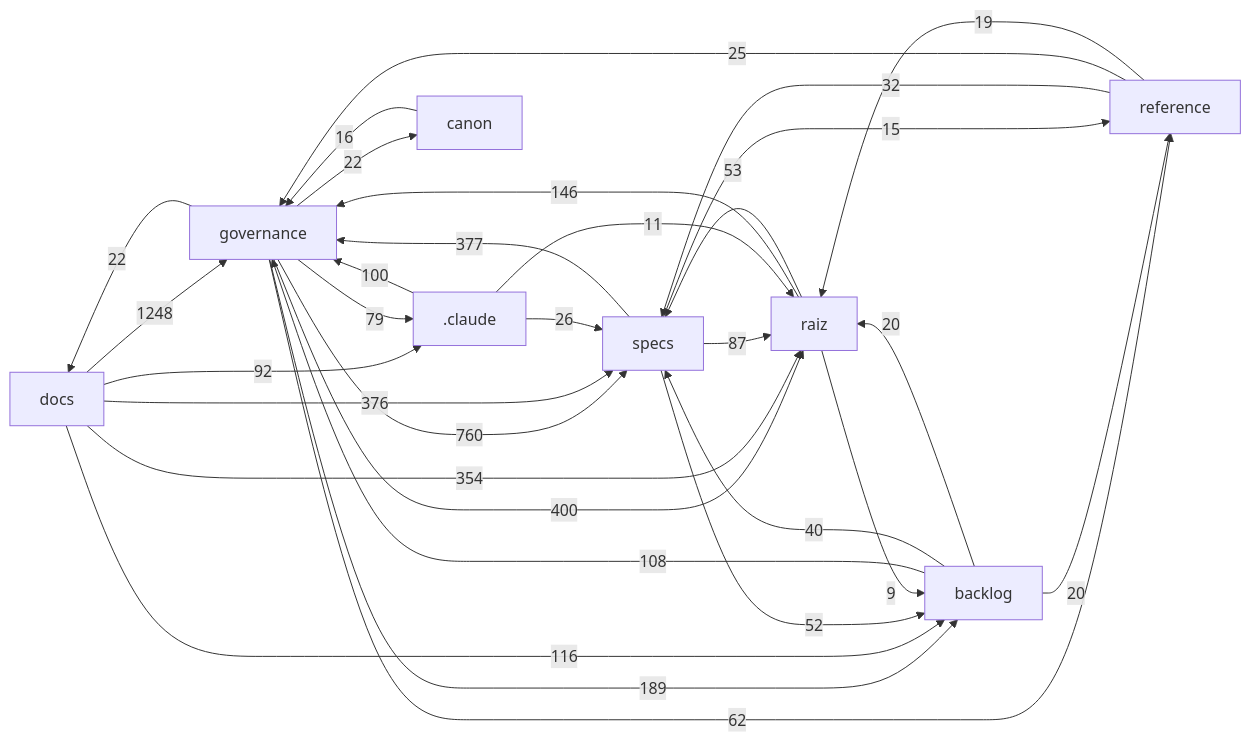
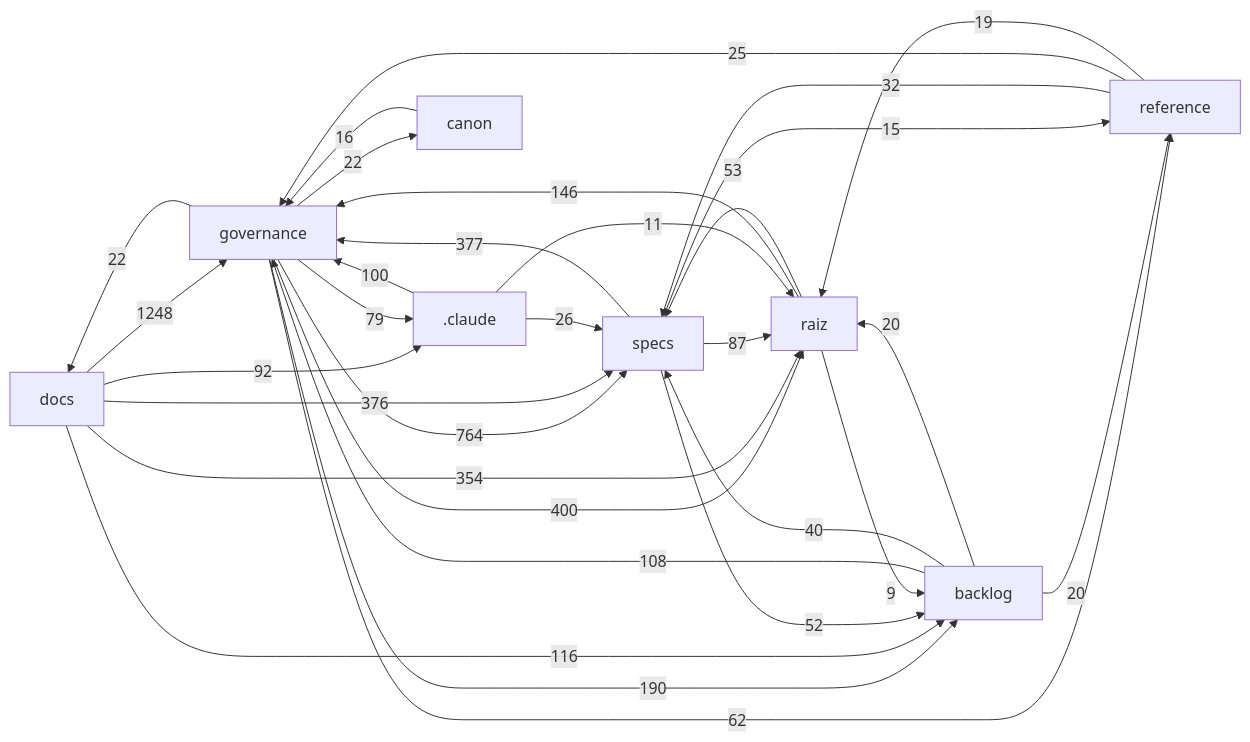
The diagram in docs/mapa/MAPA-PROJETO.md (Andraus35/Sistema-Operacional-de-Trading--SOT), drawn with Mermaid before and after one commit. The commit also changed other lines of this file and 2 other files, not shown here.

````diff
--- a/docs/mapa/MAPA-PROJETO.md
+++ b/docs/mapa/MAPA-PROJETO.md
@@ -29,33 +29,33 @@
 ```mermaid
 flowchart LR
   docs["docs"] -->|1248| governance["governance"]
-  governance["governance"] -->|760| specs["specs"]
+  governance["governance"] -->|764| specs["specs"]
   governance["governance"] -->|400| raiz["raiz"]
   specs["specs"] -->|377| governance["governance"]
   docs["docs"] -->|376| specs["specs"]
   docs["docs"] -->|354| raiz["raiz"]
-  governance["governance"] -->|189| backlog["backlog"]
+  governance["governance"] -->|190| backlog["backlog"]
   raiz["raiz"] -->|146| governance["governance"]
   docs["docs"] -->|116| backlog["backlog"]
   backlog["backlog"] -->|108| governance["governance"]
   _claude[".claude"] -->|100| governance["governance"]
   docs["docs"] -->|92| _claude[".claude"]
   specs["specs"] -->|87| raiz["raiz"]
   governance["governance"] -->|79| _claude[".claude"]
   governance["governance"] -->|62| reference["reference"]
   raiz["raiz"] -->|53| specs["specs"]
   specs["specs"] -->|52| backlog["backlog"]
   backlog["backlog"] -->|40| specs["specs"]
   reference["reference"] -->|32| specs["specs"]
   _claude[".claude"] -->|26| specs["specs"]
   reference["reference"] -->|25| governance["governance"]
   governance["governance"] -->|22| docs["docs"]
   governance["governance"] -->|22| canon["canon"]
   backlog["backlog"] -->|20| raiz["raiz"]
   backlog["backlog"] -->|20| reference["reference"]
   reference["reference"] -->|19| raiz["raiz"]
   canon["canon"] -->|16| governance["governance"]
   specs["specs"] -->|15| reference["reference"]
   _claude[".claude"] -->|11| raiz["raiz"]
   raiz["raiz"] -->|9| backlog["backlog"]
 ```
````
